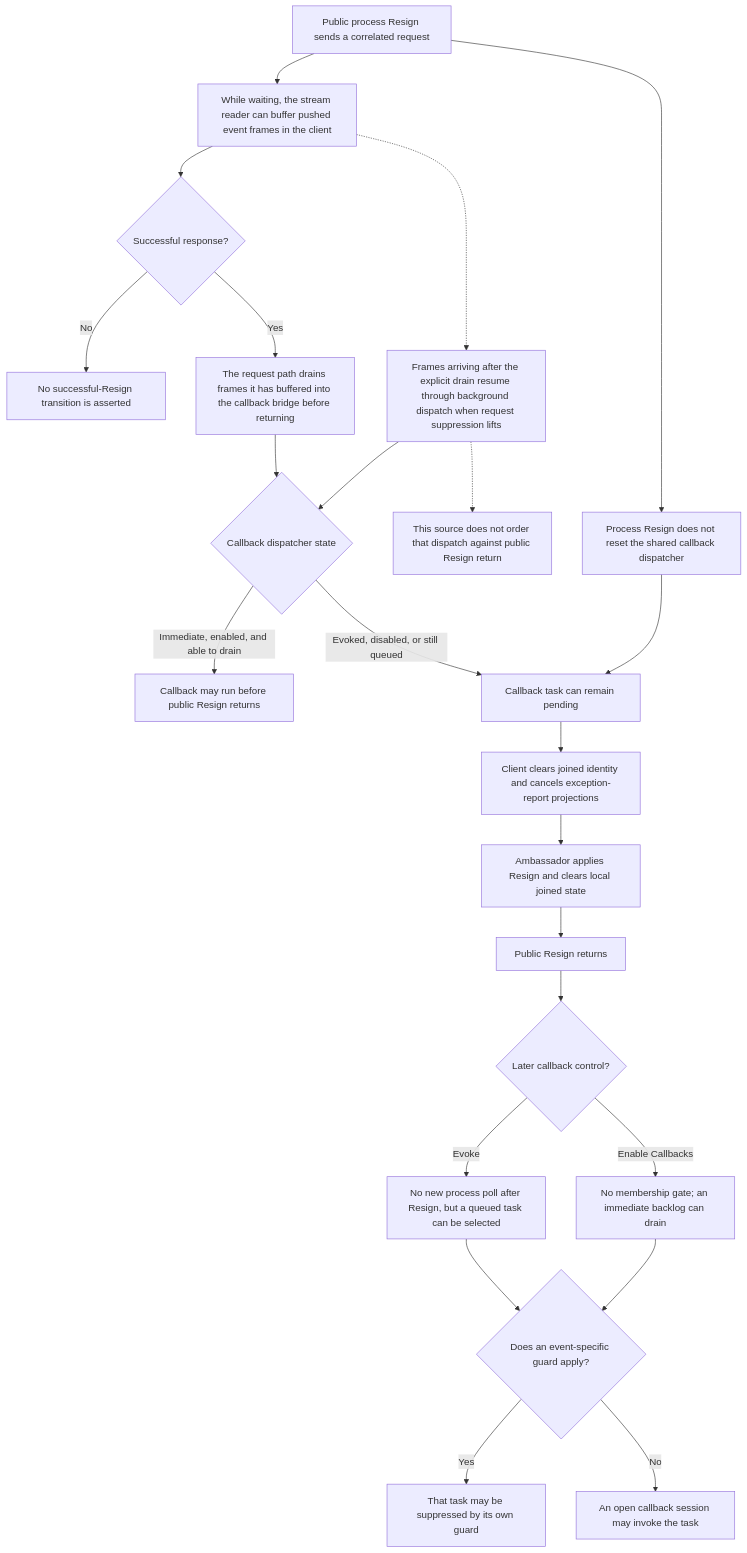
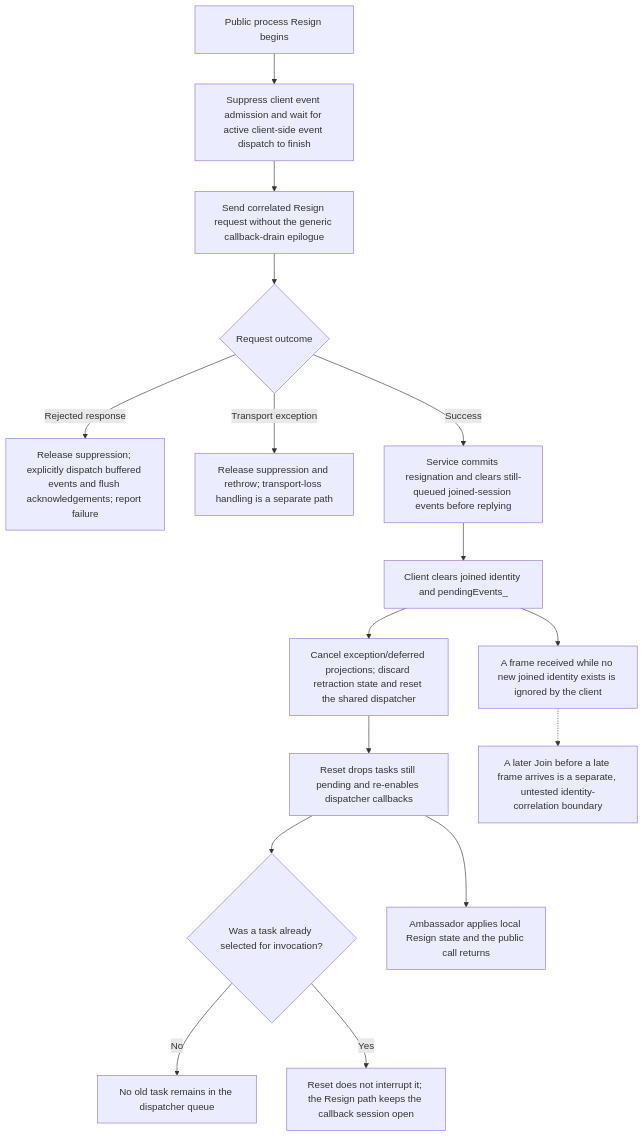
One commit to sheepfling/umbra changed diagram 21 of 24 in docs/design/HLA-2025-CALLBACK-AND-SERVICE-ORDERING-FLOW-GUIDE.md. Above: the diagram before and after it, drawn with Mermaid. The commit also changed other lines of this file and 39 other files, not shown here.

Commit message:
Document IEEE 1516.1-2025 behavior flows

````diff
--- a/docs/design/HLA-2025-CALLBACK-AND-SERVICE-ORDERING-FLOW-GUIDE.md
+++ b/docs/design/HLA-2025-CALLBACK-AND-SERVICE-ORDERING-FLOW-GUIDE.md
@@ -918,25 +1497,18 @@
 ```mermaid
 flowchart TD
-  A[Public process Resign sends a correlated request] --> B[While waiting, the stream reader can buffer pushed event frames in the client]
-  B --> C{Successful response?}
-  C -->|No| X[No successful-Resign transition is asserted]
-  C -->|Yes| D[The request path drains frames it has buffered into the callback bridge before returning]
-  D --> E{Callback dispatcher state}
-  E -->|Immediate, enabled, and able to drain| F[Callback may run before public Resign returns]
-  E -->|Evoked, disabled, or still queued| G[Callback task can remain pending]
-  A --> H[Process Resign does not reset the shared callback dispatcher]
-  H --> G
-  G --> I[Client clears joined identity and cancels exception-report projections]
-  I --> J[Ambassador applies Resign and clears local joined state]
-  J --> K[Public Resign returns]
-  K --> L{Later callback control?}
-  L -->|Evoke| M[No new process poll after Resign, but a queued task can be selected]
-  L -->|Enable Callbacks| N[No membership gate; an immediate backlog can drain]
-  M --> O{Does an event-specific guard apply?}
-  N --> O
-  O -->|Yes| P[That task may be suppressed by its own guard]
-  O -->|No| Q[An open callback session may invoke the task]
-  B -.-> R[Frames arriving after the explicit drain resume through background dispatch when request suppression lifts]
-  R --> E
-  R -.-> T[This source does not order that dispatch against public Resign return]
+  A["Public process Resign begins"] --> B["Suppress client event admission and wait for active client-side event dispatch to finish"]
+  B --> C["Send correlated Resign request without the generic callback-drain epilogue"]
+  C --> D{"Request outcome"}
+  D -->|Rejected response| R["Release suppression; explicitly dispatch buffered events and flush acknowledgements; report failure"]
+  D -->|Transport exception| X["Release suppression and rethrow; transport-loss handling is a separate path"]
+  D -->|Success| S["Service commits resignation and clears still-queued joined-session events before replying"]
+  S --> E["Client clears joined identity and pendingEvents_"]
+  E --> F["Cancel exception/deferred projections; discard retraction state and reset the shared dispatcher"]
+  F --> G["Reset drops tasks still pending and re-enables dispatcher callbacks"]
+  G --> H{"Was a task already selected for invocation?"}
+  H -->|No| I["No old task remains in the dispatcher queue"]
+  H -->|Yes| J["Reset does not interrupt it; the Resign path keeps the callback session open"]
+  G --> K["Ambassador applies local Resign state and the public call returns"]
+  E --> L["A frame received while no new joined identity exists is ignored by the client"]
+  L -.-> M["A later Join before a late frame arrives is a separate, untested identity-correlation boundary"]
 ```
````
